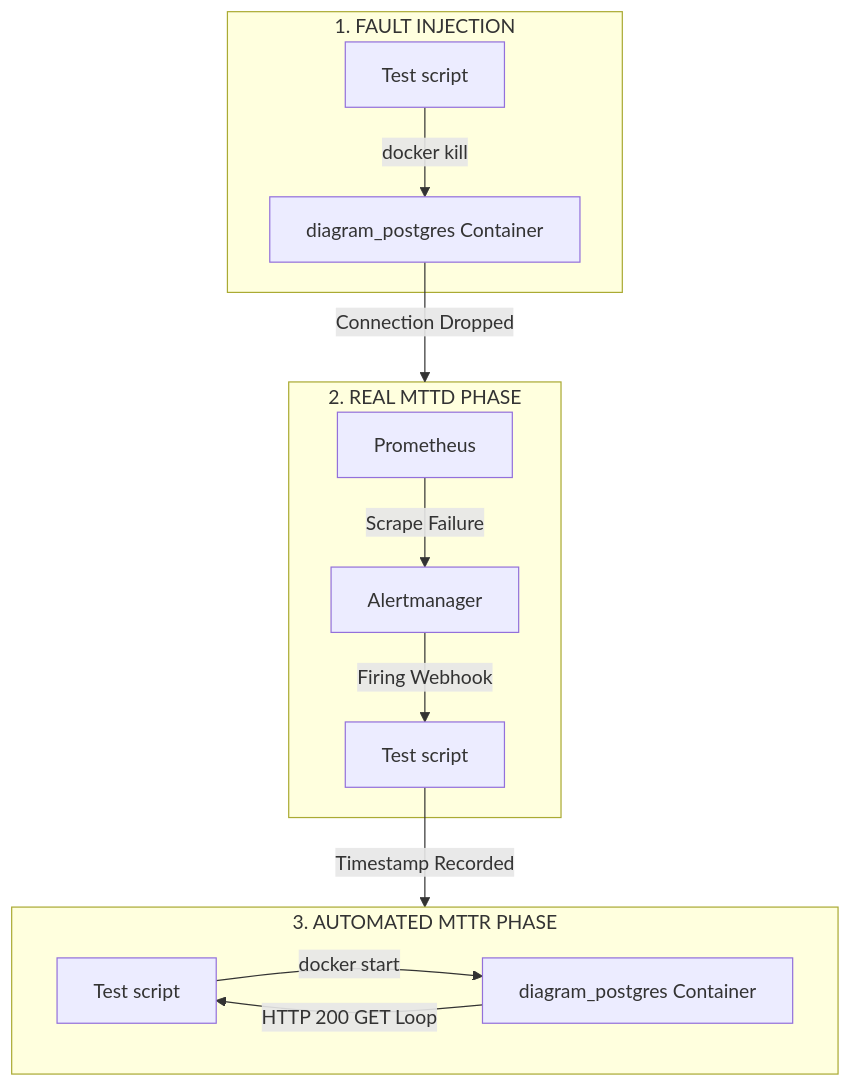
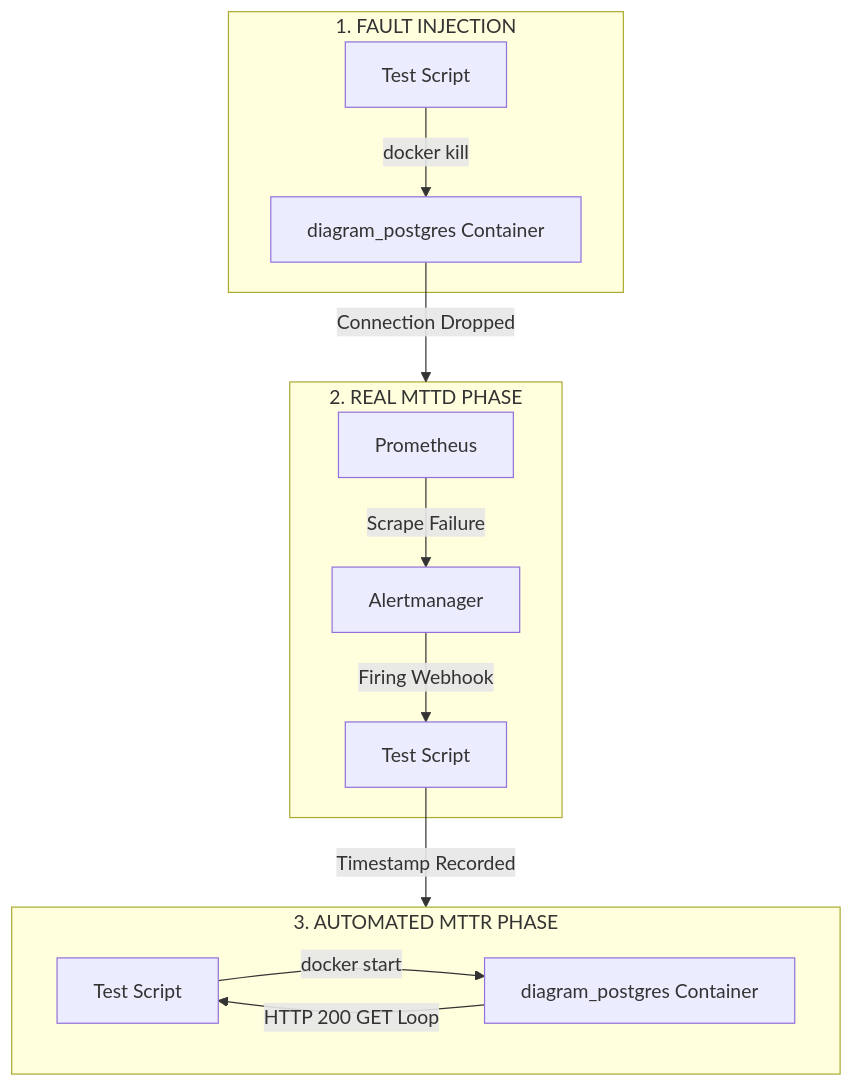
One commit to notseekeru/portfolio_website changed the diagram in frontend/src/content/blogs/sre-steps.md. Above: the diagram before and after it, drawn with Mermaid. The commit also changed other lines of this file and 3 other files, not shown here.

````diff
--- a/frontend/src/content/blogs/sre-steps.md
+++ b/frontend/src/content/blogs/sre-steps.md
@@ -31,30 +33,30 @@
 ```mermaid
 graph TD
     subgraph Phase1 [1. FAULT INJECTION]
-        script1[Test script]
+        script1[Test Script]
         Postgres1[diagram_postgres Container]
 
         script1 -->|docker kill| Postgres1
     end
 
     Postgres1 -->|Connection Dropped| Phase2
 
     subgraph Phase2 [2. REAL MTTD PHASE]
         Prometheus[Prometheus]
         Alertmanager[Alertmanager]
-        script2[Test script]
+        script2[Test Script]
 
         Prometheus -->|Scrape Failure| Alertmanager
         Alertmanager -->|Firing Webhook| script2
     end
 
     script2 -->|Timestamp Recorded| Phase3
 
     subgraph Phase3 [3. AUTOMATED MTTR PHASE]
-        script3[Test script]
+        script3[Test Script]
         Postgres3[diagram_postgres Container]
 
         script3 -->|docker start| Postgres3
         Postgres3 -->|HTTP 200 GET Loop| script3
     end
 ```
````
